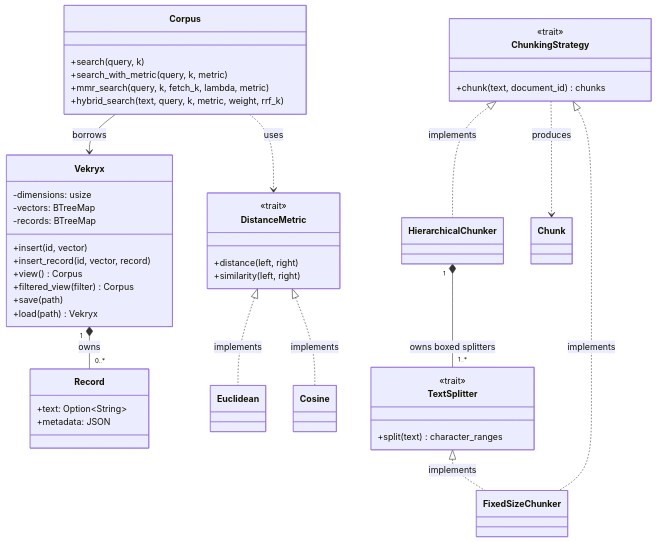
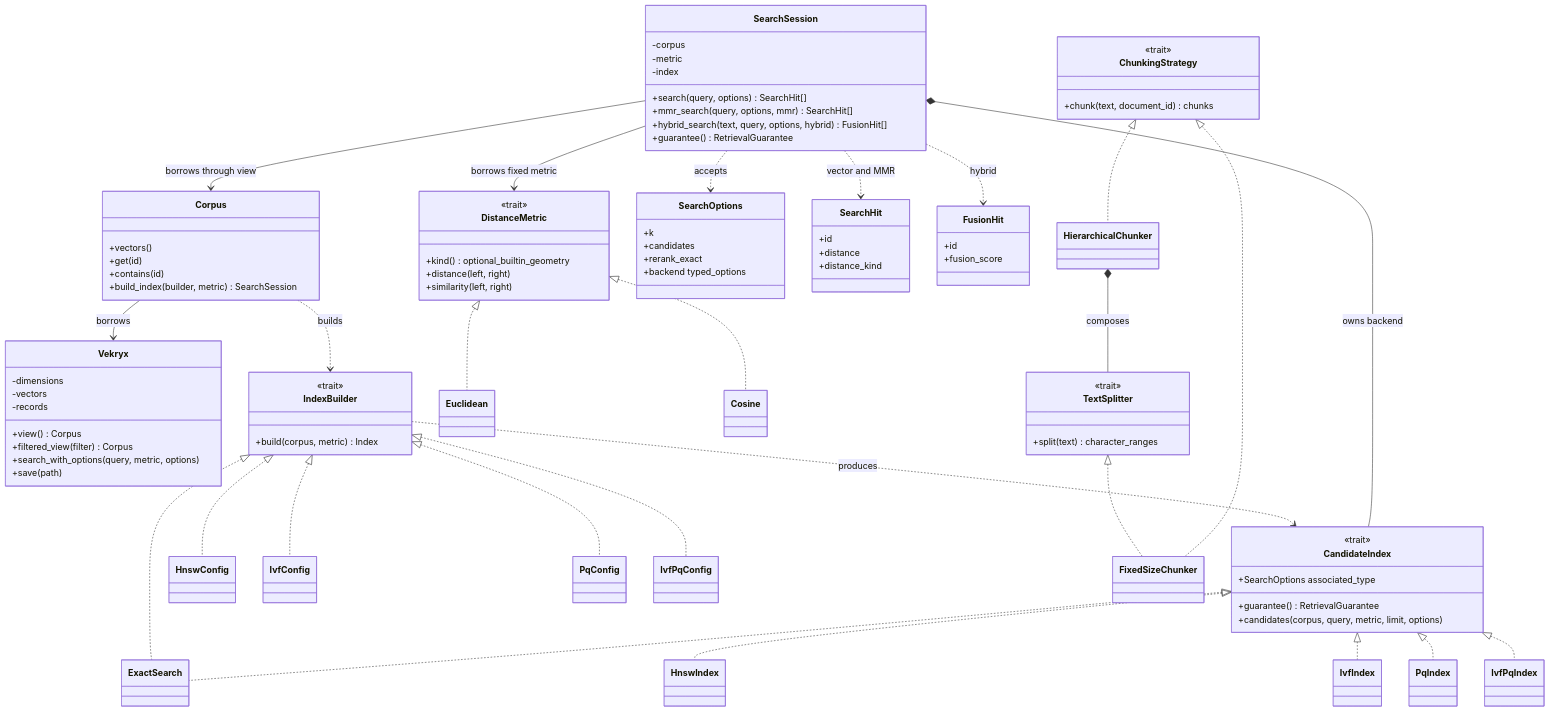
The second of 2 diagrams in README.md (SuleymanSuleymanzade/Vekryx), drawn with Mermaid before and after one commit. The commit also changed other lines of this file and 24 other files, not shown here.

Commit message:
Add extensible search with HNSW IVF and product quantization

````diff
--- a/README.md
+++ b/README.md
@@ -328,30 +365,68 @@
 ```mermaid
 classDiagram
     class Vekryx {
-        -dimensions: usize
-        -vectors: BTreeMap
-        -records: BTreeMap
-        +insert(id, vector)
-        +insert_record(id, vector, record)
+        -dimensions
+        -vectors
+        -records
         +view() Corpus
         +filtered_view(filter) Corpus
+        +search_with_options(query, metric, options)
         +save(path)
-        +load(path) Vekryx
-    }
-    class Record {
-        +text: Option~String~
-        +metadata: JSON
     }
     class Corpus {
-        +search(query, k)
-        +search_with_metric(query, k, metric)
-        +mmr_search(query, k, fetch_k, lambda, metric)
-        +hybrid_search(text, query, k, metric, weight, rrf_k)
+        +vectors()
+        +get(id)
+        +contains(id)
+        +build_index(builder, metric) SearchSession
+    }
+    class IndexBuilder {
+        <<trait>>
+        +build(corpus, metric) Index
+    }
+    class CandidateIndex {
+        <<trait>>
+        +SearchOptions associated_type
+        +guarantee() RetrievalGuarantee
+        +candidates(corpus, query, metric, limit, options)
+    }
+    class ExactSearch
+    class HnswConfig
+    class HnswIndex
+    class IvfConfig
+    class IvfIndex
+    class PqConfig
+    class PqIndex
+    class IvfPqConfig
+    class IvfPqIndex
+    class SearchSession {
+        -corpus
+        -metric
+        -index
+        +search(query, options) SearchHit[]
+        +mmr_search(query, options, mmr) SearchHit[]
+        +hybrid_search(text, query, options, hybrid) FusionHit[]
+        +guarantee() RetrievalGuarantee
     }
     class DistanceMetric {
         <<trait>>
+        +kind() optional_builtin_geometry
         +distance(left, right)
         +similarity(left, right)
+    }
+    class SearchOptions {
+        +k
+        +candidates
+        +rerank_exact
+        +backend typed_options
+    }
+    class SearchHit {
+        +id
+        +distance
+        +distance_kind
+    }
+    class FusionHit {
+        +id
+        +fusion_score
     }
     class Euclidean
     class Cosine
@@ -365,15 +440,29 @@
     }
     class FixedSizeChunker
     class HierarchicalChunker
-    class Chunk
-    Vekryx "1" *-- "0..*" Record : owns
     Corpus --> Vekryx : borrows
-    Corpus ..> DistanceMetric : uses
-    DistanceMetric <|.. Euclidean : implements
-    DistanceMetric <|.. Cosine : implements
-    TextSplitter <|.. FixedSizeChunker : implements
-    ChunkingStrategy <|.. FixedSizeChunker : implements
-    ChunkingStrategy <|.. HierarchicalChunker : implements
-    HierarchicalChunker "1" *-- "1..*" TextSplitter : owns boxed splitters
-    ChunkingStrategy ..> Chunk : produces
+    Corpus ..> IndexBuilder : builds
+    IndexBuilder ..> CandidateIndex : produces
+    IndexBuilder <|.. ExactSearch
+    CandidateIndex <|.. ExactSearch
+    IndexBuilder <|.. HnswConfig
+    IndexBuilder <|.. IvfConfig
+    IndexBuilder <|.. PqConfig
+    IndexBuilder <|.. IvfPqConfig
+    CandidateIndex <|.. HnswIndex
+    CandidateIndex <|.. IvfIndex
+    CandidateIndex <|.. PqIndex
+    CandidateIndex <|.. IvfPqIndex
+    SearchSession --> Corpus : borrows through view
+    SearchSession *-- CandidateIndex : owns backend
+    SearchSession --> DistanceMetric : borrows fixed metric
+    SearchSession ..> SearchOptions : accepts
+    SearchSession ..> SearchHit : vector and MMR
+    SearchSession ..> FusionHit : hybrid
+    DistanceMetric <|.. Euclidean
+    DistanceMetric <|.. Cosine
+    TextSplitter <|.. FixedSizeChunker
+    ChunkingStrategy <|.. FixedSizeChunker
+    ChunkingStrategy <|.. HierarchicalChunker
+    HierarchicalChunker *-- TextSplitter : composes
 ```
````
